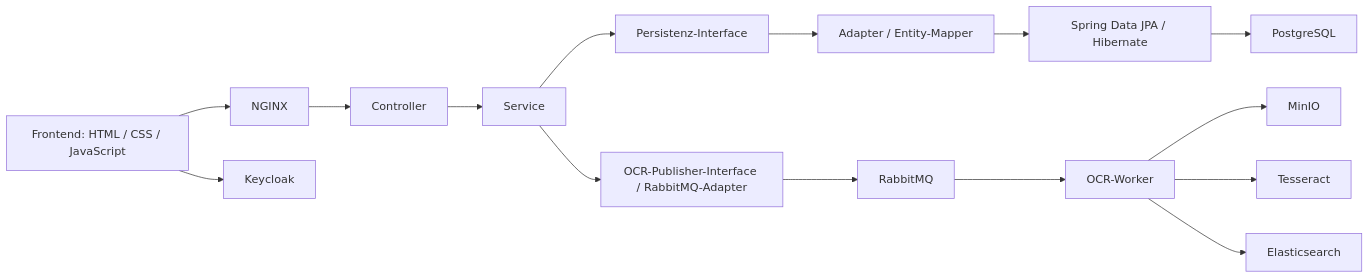
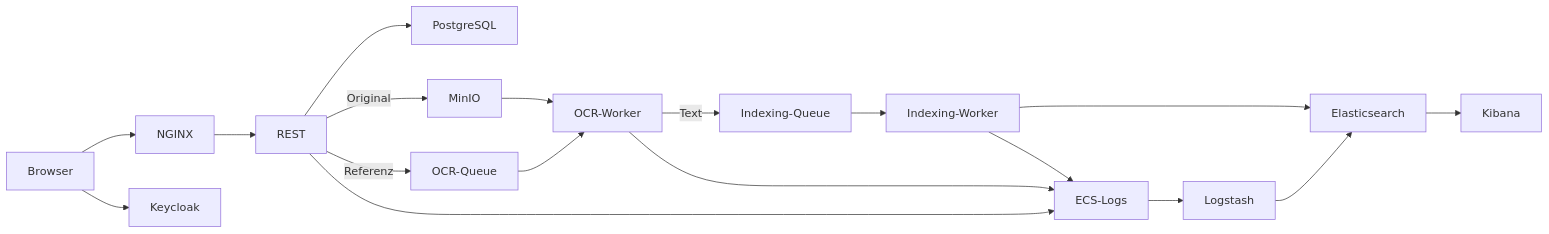
One commit to kokoloko99/swen3-paperless changed the diagram in README.md. Above: the diagram before and after it, drawn with Mermaid. The commit also changed other lines of this file and 50 other files, not shown here.

Commit message:
Complete Sprint 4 with MinIO references, separate indexing worker and ELK

````diff
--- a/README.md
+++ b/README.md
@@ -104,17 +113,16 @@
 ```mermaid
 flowchart LR
-    Browser["Frontend: HTML / CSS / JavaScript"] --> NGINX
-    NGINX --> Controller
-    Controller --> Service
-    Service --> Port["Persistenz-Interface"]
-    Port --> Adapter["Adapter / Entity-Mapper"]
-    Adapter --> Repository["Spring Data JPA / Hibernate"]
-    Repository --> PostgreSQL
-    Service --> Publisher["OCR-Publisher-Interface / RabbitMQ-Adapter"]
-    Publisher --> RabbitMQ
-    RabbitMQ --> Worker["OCR-Worker"]
-    Worker --> MinIO
-    Worker --> Tesseract
-    Worker --> Elasticsearch
+    Browser --> NGINX --> REST
+    REST --> PostgreSQL
+    REST -->|Original| MinIO
+    REST -->|Referenz| RabbitOCR[OCR-Queue]
+    RabbitOCR --> OCR[OCR-Worker]
+    MinIO --> OCR
+    OCR -->|Text| RabbitIndex[Indexing-Queue]
+    RabbitIndex --> Indexer[Indexing-Worker] --> Elasticsearch
+    REST --> Logs[ECS-Logs]
+    OCR --> Logs
+    Indexer --> Logs
+    Logs --> Logstash --> Elasticsearch --> Kibana
     Browser --> Keycloak
 ```
````
